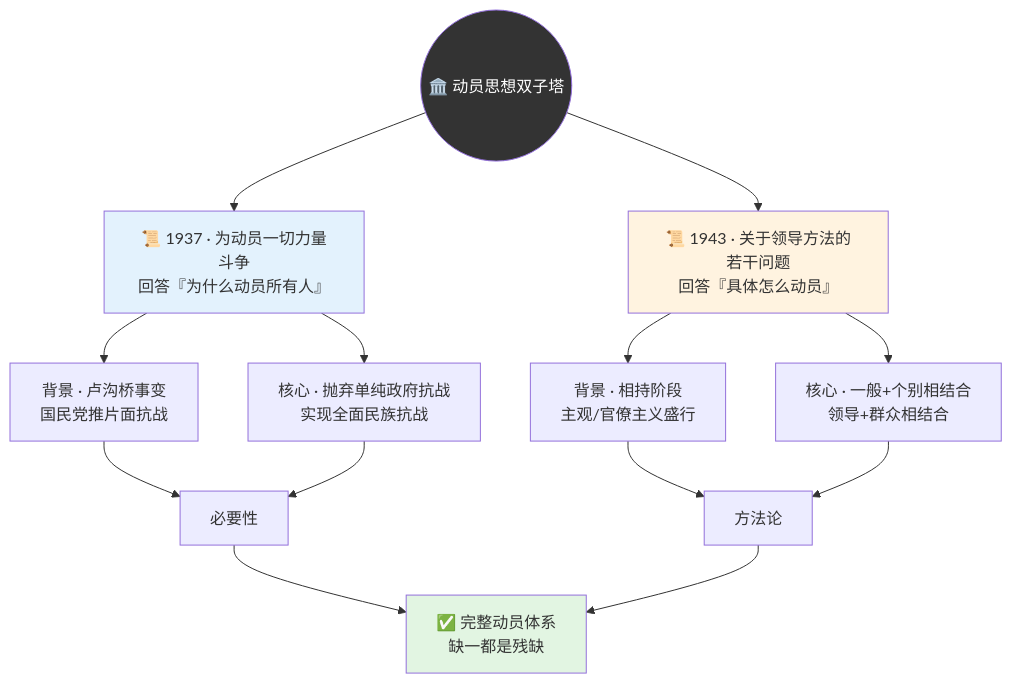
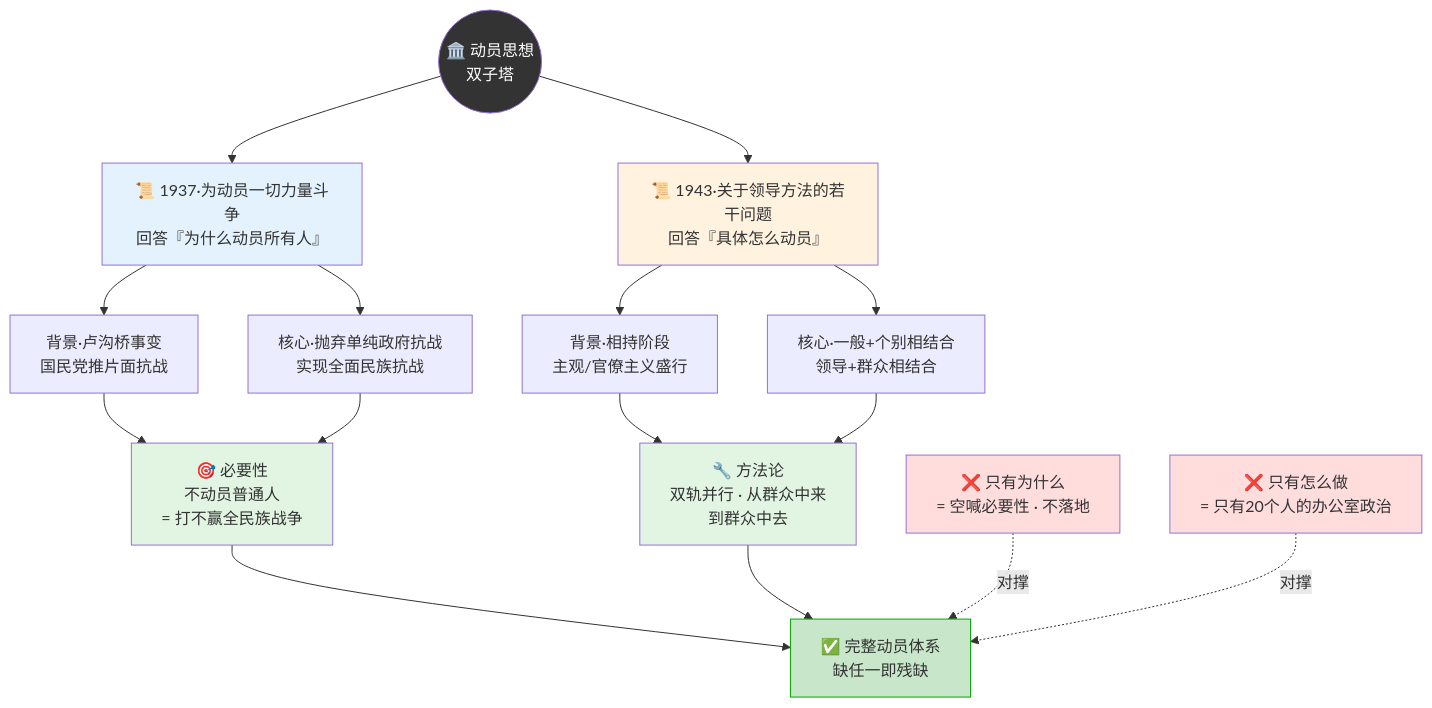
Before and after one commit to chongyang211/YCBookBlog: the second of 12 diagrams in packages/website/13.书籍/01.毛选实战心法/30.动员群众指导法.md, drawn with Mermaid. The commit also changed other lines of this file and 10 other files, not shown here.

````diff
--- a/packages/website/13.书籍/01.毛选实战心法/30.动员群众指导法.md
+++ b/packages/website/13.书籍/01.毛选实战心法/30.动员群众指导法.md
@@ -73,26 +126,32 @@
 ```mermaid
 graph TB
-    Origin(("🏛️ 动员思想双子塔"))
+    Origin(("🏛️ 动员思想<br/>双子塔"))
 
-    Origin --> T1["📜 1937 · 为动员一切力量斗争<br/>回答『为什么动员所有人』"]
-    Origin --> T2["📜 1943 · 关于领导方法的若干问题<br/>回答『具体怎么动员』"]
+    Origin --> T1["📜 1937·为动员一切力量斗争<br/>回答『为什么动员所有人』"]
+    Origin --> T2["📜 1943·关于领导方法的若干问题<br/>回答『具体怎么动员』"]
 
-    T1 --> W1["背景 · 卢沟桥事变<br/>国民党推片面抗战"]
-    T1 --> W2["核心 · 抛弃单纯政府抗战<br/>实现全面民族抗战"]
+    T1 --> W1["背景·卢沟桥事变<br/>国民党推片面抗战"]
+    T1 --> W2["核心·抛弃单纯政府抗战<br/>实现全面民族抗战"]
+    W1 --> Base["🎯 必要性<br/>不动员普通人<br/>= 打不赢全民族战争"]
+    W2 --> Base
 
-    T2 --> M1["背景 · 相持阶段<br/>主观/官僚主义盛行"]
-    T2 --> M2["核心 · 一般+个别相结合<br/>领导+群众相结合"]
-
-    W1 --> Base["必要性"]
-    W2 --> Base
-    M1 --> Method["方法论"]
+    T2 --> M1["背景·相持阶段<br/>主观/官僚主义盛行"]
+    T2 --> M2["核心·一般+个别相结合<br/>领导+群众相结合"]
+    M1 --> Method["🔧 方法论<br/>双轨并行 · 从群众中来<br/>到群众中去"]
     M2 --> Method
 
-    Base --> System["✅ 完整动员体系<br/>缺一都是残缺"]
+    Base --> System["✅ 完整动员体系<br/>缺任一即残缺"]
     Method --> System
+
+    Only1["❌ 只有为什么<br/>= 空喊必要性 · 不落地"] -.对撑.-> System
+    Only2["❌ 只有怎么做<br/>= 只有20个人的办公室政治"] -.对撑.-> System
 
     style Origin fill:#333,color:#fff
     style T1 fill:#e3f2fd
     style T2 fill:#fff3e0
-    style System fill:#e2f5e2
+    style Base fill:#e2f5e2
+    style Method fill:#e2f5e2
+    style System fill:#c8e6c9,stroke:#0a0
+    style Only1 fill:#fdd
+    style Only2 fill:#fdd
 ```
````
